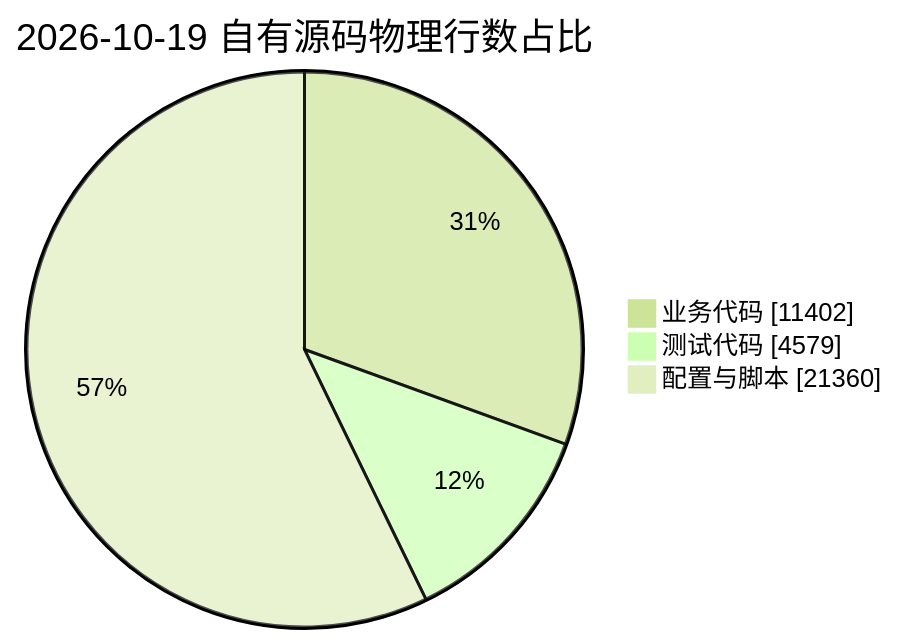
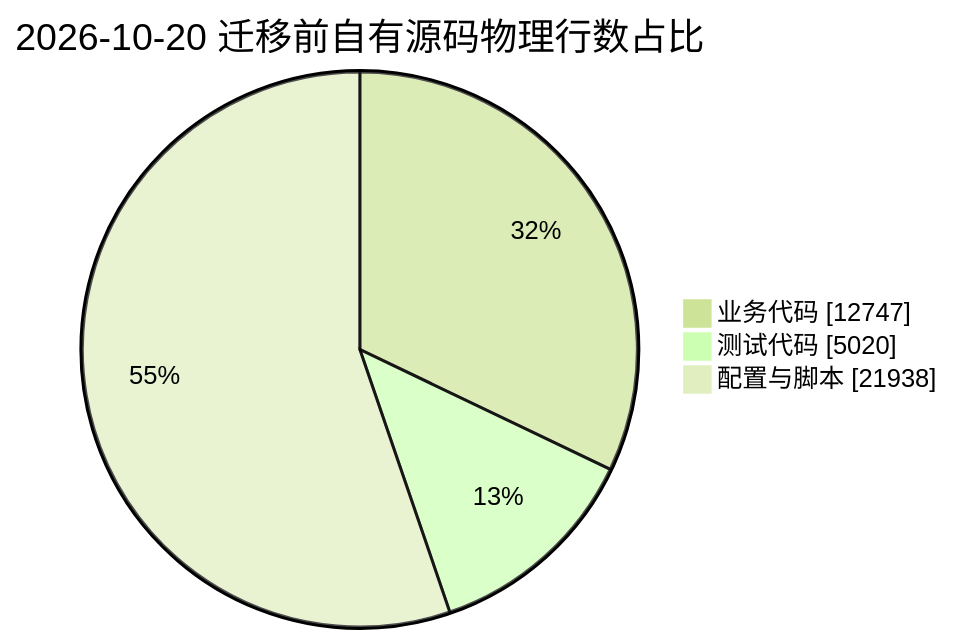
The third of 4 diagrams in README.md (JobsKits/MacOS_Extension), drawn with Mermaid (forest theme) before and after one commit. The commit also changed other lines of this file and 269 other files, not shown here.

````diff
--- a/README.md
+++ b/README.md
@@ -475,7 +405,7 @@
 ```mermaid
 pie showData
-    title 2026-10-19 自有源码物理行数占比
-    "业务代码" : 11402
-    "测试代码" : 4579
-    "配置与脚本" : 21360
+    title 2026-10-20 迁移前自有源码物理行数占比
+    "业务代码" : 12747
+    "测试代码" : 5020
+    "配置与脚本" : 21938
 ```
````
